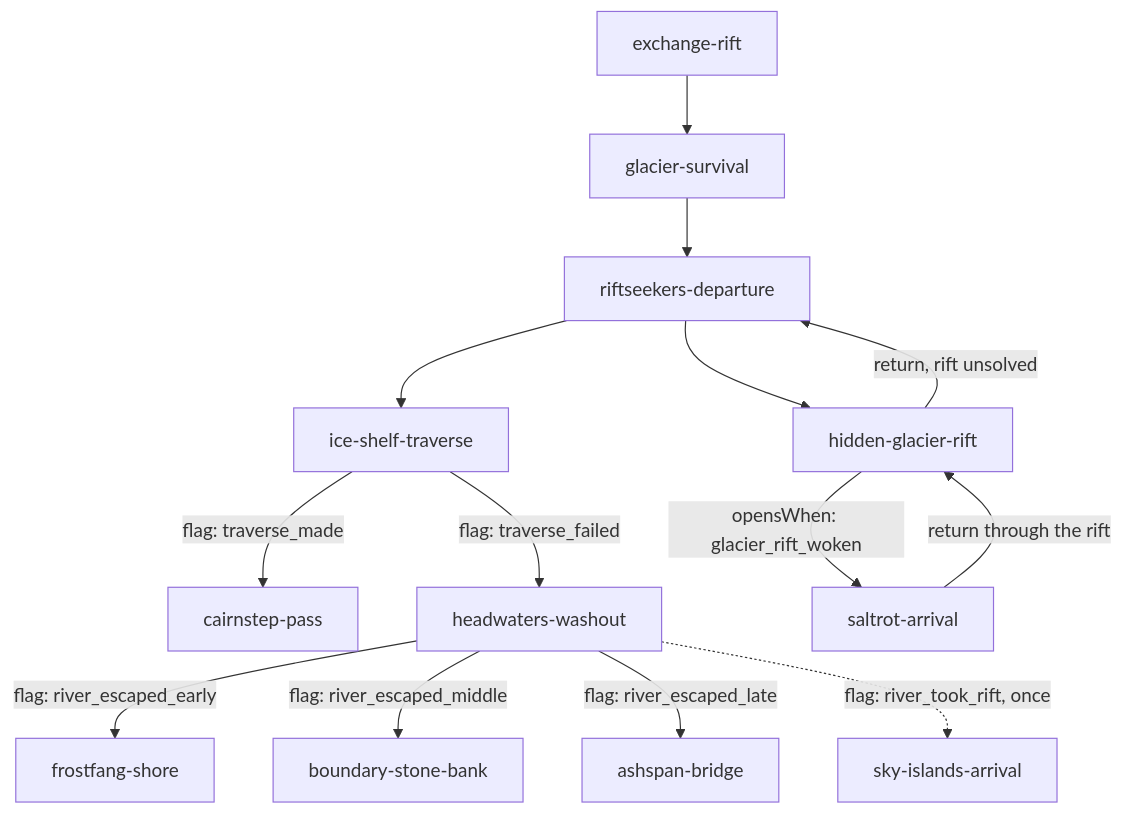
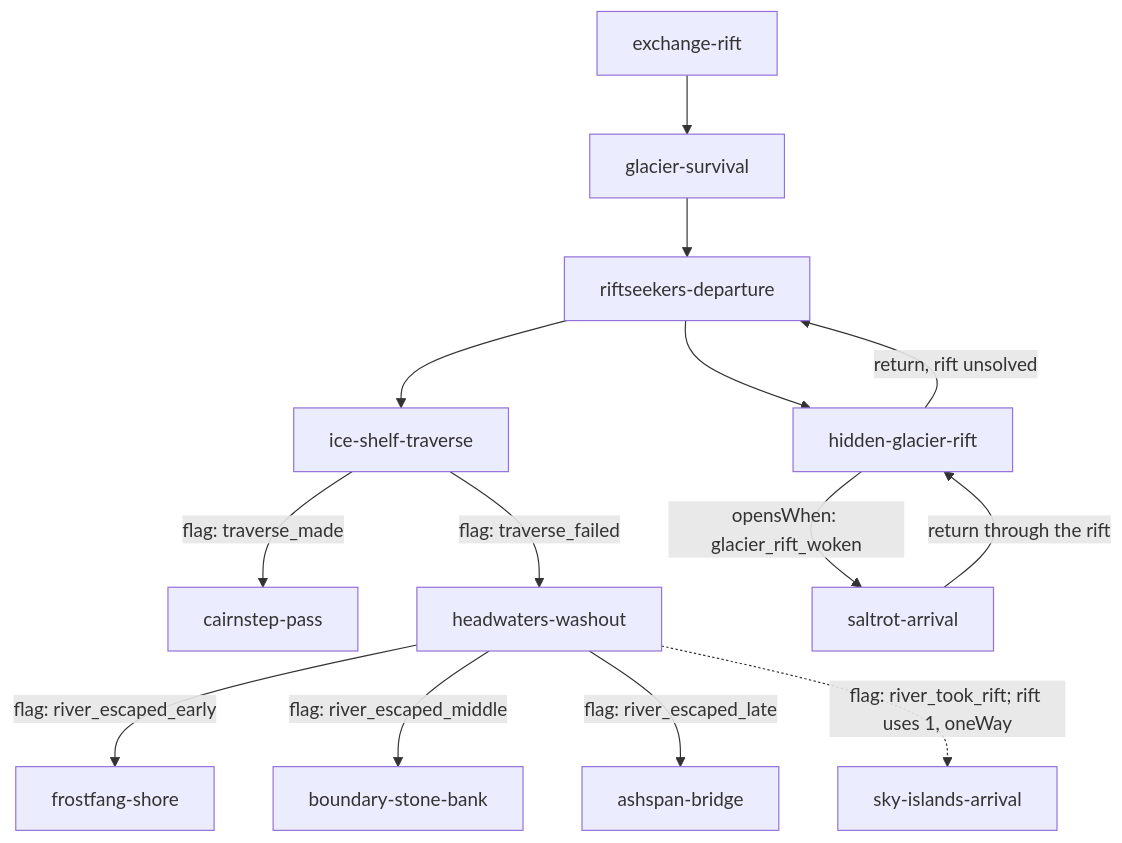
The diagram in docs/campaigns/continental-rift/graph.md (allenheltondev/kids-and-dragons), drawn with Mermaid before and after one commit. The commit also changed other lines of this file and 5 other files, not shown here.

````diff
--- a/docs/campaigns/continental-rift/graph.md
+++ b/docs/campaigns/continental-rift/graph.md
@@ -7,16 +7,16 @@
 ```mermaid
 flowchart TD
   E[exchange-rift] --> G[glacier-survival]
   G --> R[riftseekers-departure]
   R --> T[ice-shelf-traverse]
   R --> H[hidden-glacier-rift]
   H -->|return, rift unsolved| R
   T -->|flag: traverse_made| C[cairnstep-pass]
   T -->|flag: traverse_failed| W[headwaters-washout]
   W -->|flag: river_escaped_early| F[frostfang-shore]
   W -->|flag: river_escaped_middle| B[boundary-stone-bank]
   W -->|flag: river_escaped_late| D[ashspan-bridge]
-  W -.->|flag: river_took_rift, once| S[sky-islands-arrival]
+  W -.->|flag: river_took_rift; rift uses 1, oneWay| S[sky-islands-arrival]
   H -->|opensWhen: glacier_rift_woken| L[saltrot-arrival]
   L -->|return through the rift| H
 ```
````
